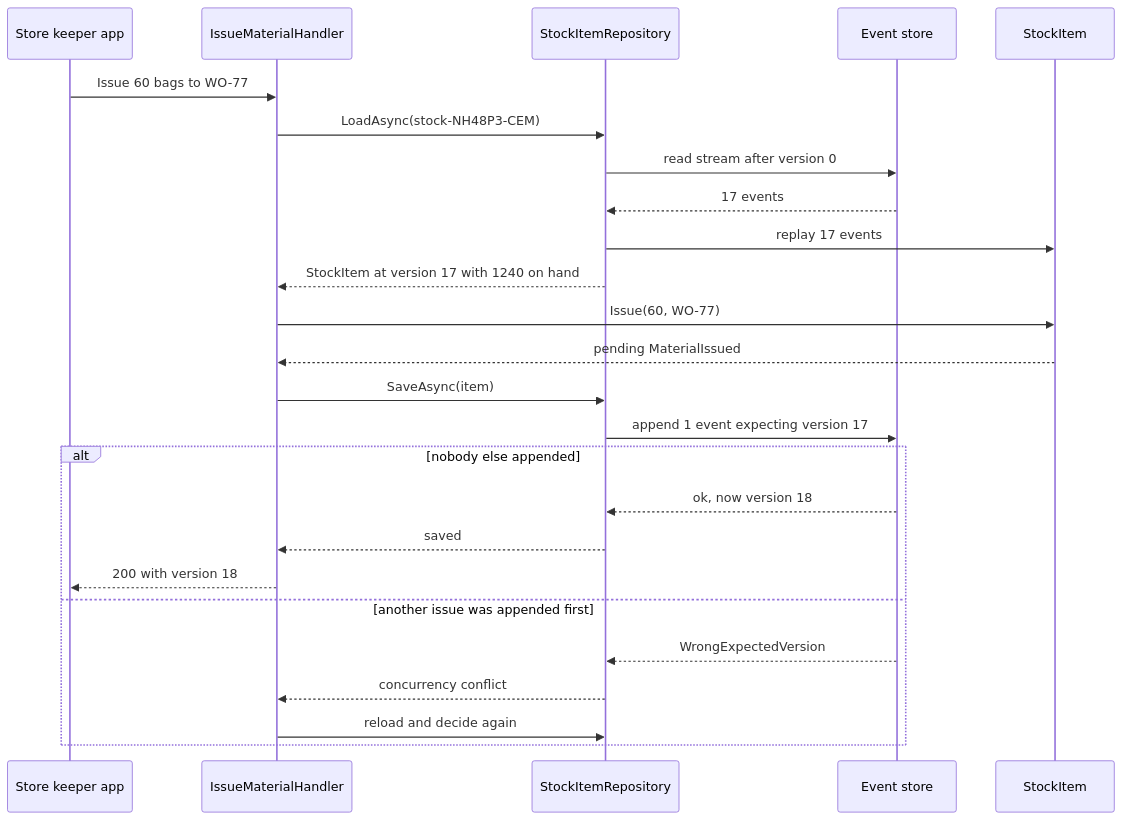
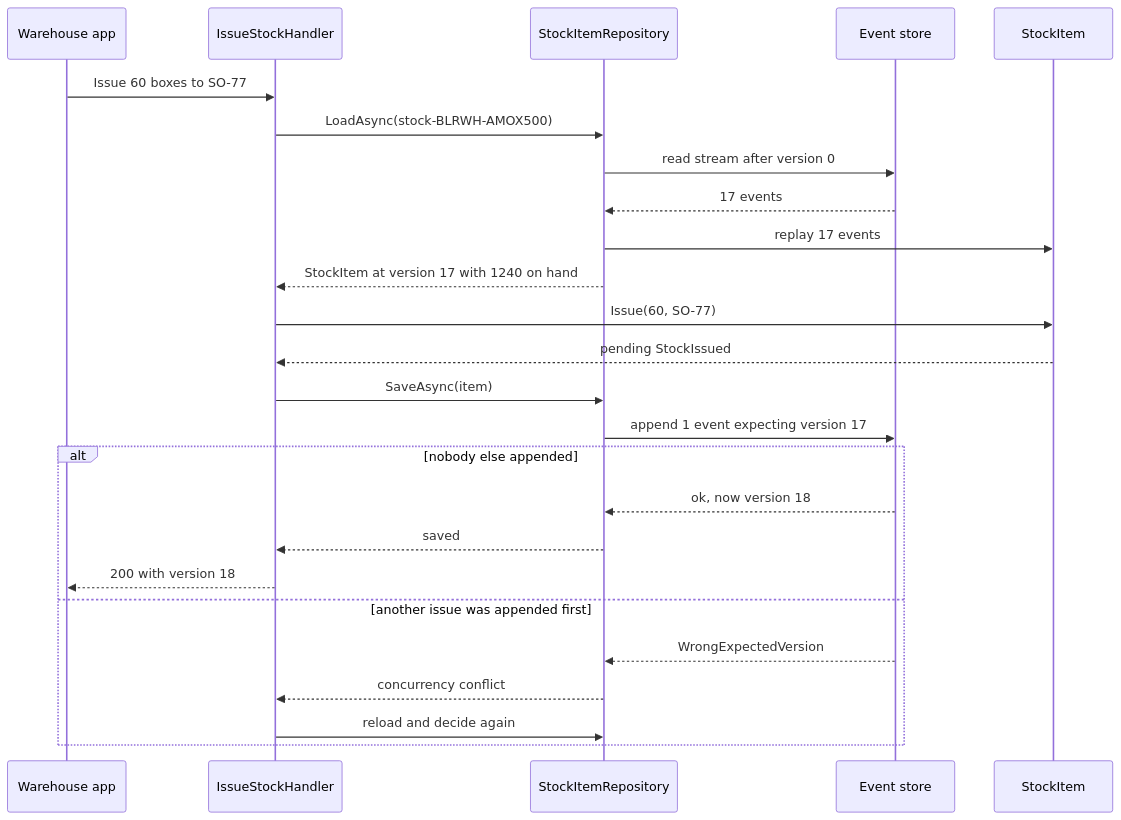
One commit to rizwi0786/system-design-lab changed the second of 3 diagrams in content/lessons/m08/m08-event-sourcing.md. Above: the diagram before and after it, drawn with Mermaid. The commit also changed other lines of this file and 334 other files, not shown here.

````diff
--- a/content/lessons/m08/m08-event-sourcing.md
+++ b/content/lessons/m08/m08-event-sourcing.md
@@ -226,27 +226,27 @@
 ```mermaid
 sequenceDiagram
-    participant C as Store keeper app
-    participant H as IssueMaterialHandler
+    participant C as Warehouse app
+    participant H as IssueStockHandler
     participant R as StockItemRepository
     participant S as Event store
     participant A as StockItem
-    C->>H: Issue 60 bags to WO-77
-    H->>R: LoadAsync(stock-NH48P3-CEM)
+    C->>H: Issue 60 boxes to SO-77
+    H->>R: LoadAsync(stock-BLRWH-AMOX500)
     R->>S: read stream after version 0
     S-->>R: 17 events
     R->>A: replay 17 events
     R-->>H: StockItem at version 17 with 1240 on hand
-    H->>A: Issue(60, WO-77)
-    A-->>H: pending MaterialIssued
+    H->>A: Issue(60, SO-77)
+    A-->>H: pending StockIssued
     H->>R: SaveAsync(item)
     R->>S: append 1 event expecting version 17
     alt nobody else appended
         S-->>R: ok, now version 18
         R-->>H: saved
         H-->>C: 200 with version 18
     else another issue was appended first
         S-->>R: WrongExpectedVersion
         R-->>H: concurrency conflict
         H->>R: reload and decide again
     end
 ```
````
